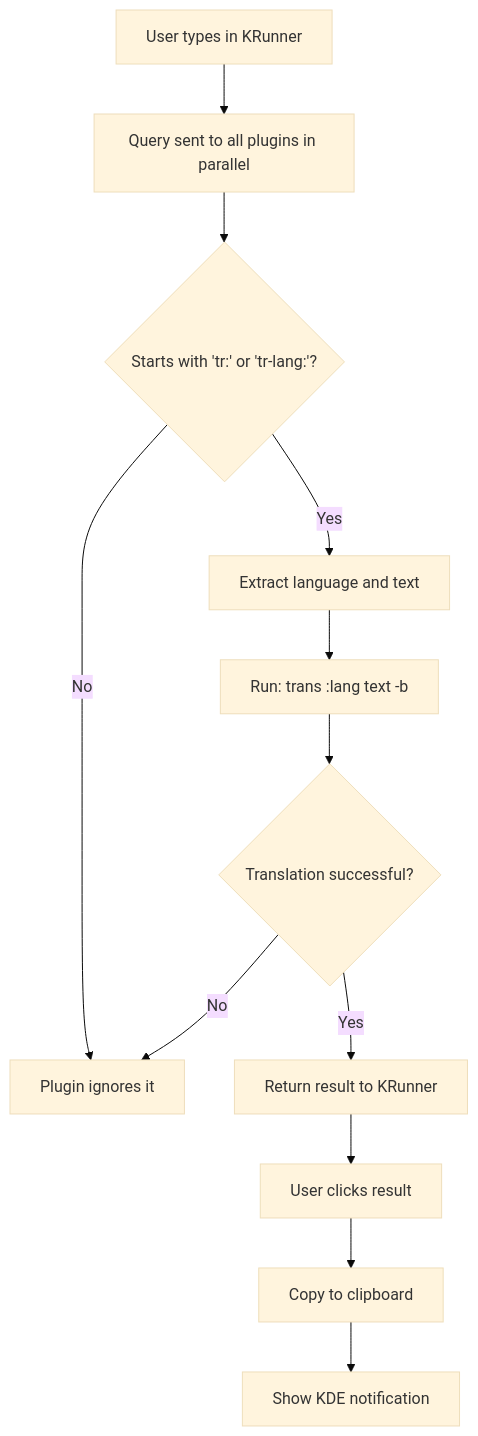
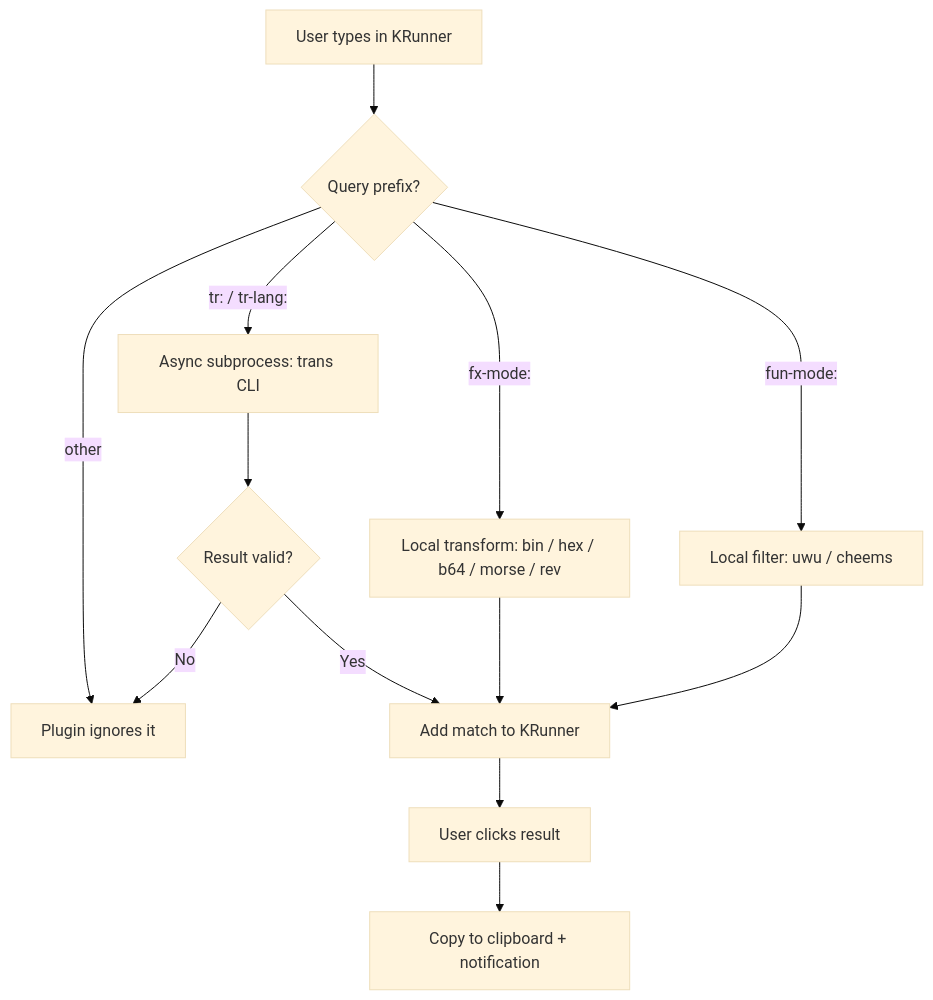
Before and after one commit to eJosR-Coding/translator-runner: the second of 2 diagrams in README.md, drawn with Mermaid (base theme). The commit also changed other lines of this file and 2 other files, not shown here.

Commit message:
feat(fx-transforms): add local text transforms and fun filters (bin, hex, b64, morse, rev, uwu, cheems)

````diff
--- a/README.md
+++ b/README.md
@@ -77,14 +106,15 @@
 ```mermaid
 flowchart TD
-    A[User types in KRunner] --> B[Query sent to all plugins in parallel]
-    B --> C{Starts with 'tr:' or 'tr-lang:'?}
-    C -- No --> D[Plugin ignores it]
-    C -- Yes --> E[Extract language and text]
-    E --> F[Run: trans :lang text -b]
-    F --> G{Translation successful?}
-    G -- No --> D
-    G -- Yes --> H[Return result to KRunner]
+    A[User types in KRunner] --> B{Query prefix?}
+    B -- tr: / tr-lang: --> C[Async subprocess: trans CLI]
+    B -- fx-mode: --> D[Local transform: bin / hex / b64 / morse / rev]
+    B -- fun-mode: --> E[Local filter: uwu / cheems]
+    B -- other --> F[Plugin ignores it]
+    C --> G{Result valid?}
+    G -- Yes --> H[Add match to KRunner]
+    G -- No --> F
+    D --> H
+    E --> H
     H --> I[User clicks result]
-    I --> J[Copy to clipboard]
-    J --> K[Show KDE notification]
+    I --> J[Copy to clipboard + notification]
 ```
````
